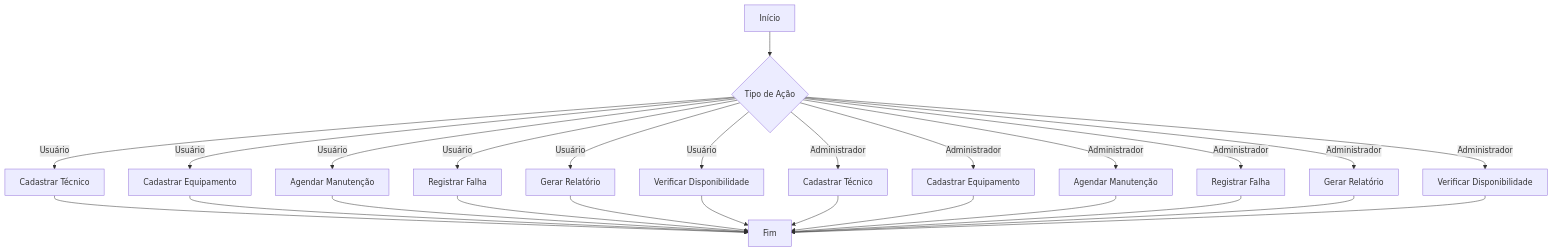
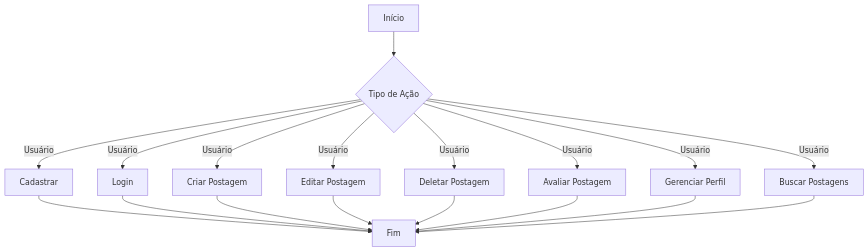
The second of 3 diagrams in README.md (kauanysc16/blog-nodejs), drawn with Mermaid before and after one commit. The commit also changed other lines of this file, not shown here.

````diff
--- a/README.md
+++ b/README.md
@@ -96,33 +145,24 @@
 ```mermaid
-flowchart TD
+  flowchart TD
     A[Início] --> B{Tipo de Ação}
-    
-    B -->|Usuário| C[Cadastrar Técnico]
-    B -->|Usuário| D[Cadastrar Equipamento]
-    B -->|Usuário| E[Agendar Manutenção]
-    B -->|Usuário| F[Registrar Falha]
-    B -->|Usuário| G[Gerar Relatório]
-    B -->|Usuário| H[Verificar Disponibilidade]
 
-    B -->|Administrador| I[Cadastrar Técnico]
-    B -->|Administrador| J[Cadastrar Equipamento]
-    B -->|Administrador| K[Agendar Manutenção]
-    B -->|Administrador| L[Registrar Falha]
-    B -->|Administrador| M[Gerar Relatório]
-    B -->|Administrador| N[Verificar Disponibilidade]
+    B -->|Usuário| C[Cadastrar]
+    B -->|Usuário| D[Login]
+    B -->|Usuário| E[Criar Postagem]
+    B -->|Usuário| F[Editar Postagem]
+    B -->|Usuário| G[Deletar Postagem]
+    B -->|Usuário| H[Avaliar Postagem]
+    B -->|Usuário| I[Gerenciar Perfil]
+    B -->|Usuário| J[Buscar Postagens]
 
-    C --> O[Fim]
-    D --> O
-    E --> O
-    F --> O
-    G --> O
-    H --> O
-    I --> O
-    J --> O
-    K --> O
-    L --> O
-    M --> O
-    N --> O
+    C --> K[Fim]
+    D --> K
+    E --> K
+    F --> K
+    G --> K
+    H --> K
+    I --> K
+    J --> K
 
 
 ```
````
